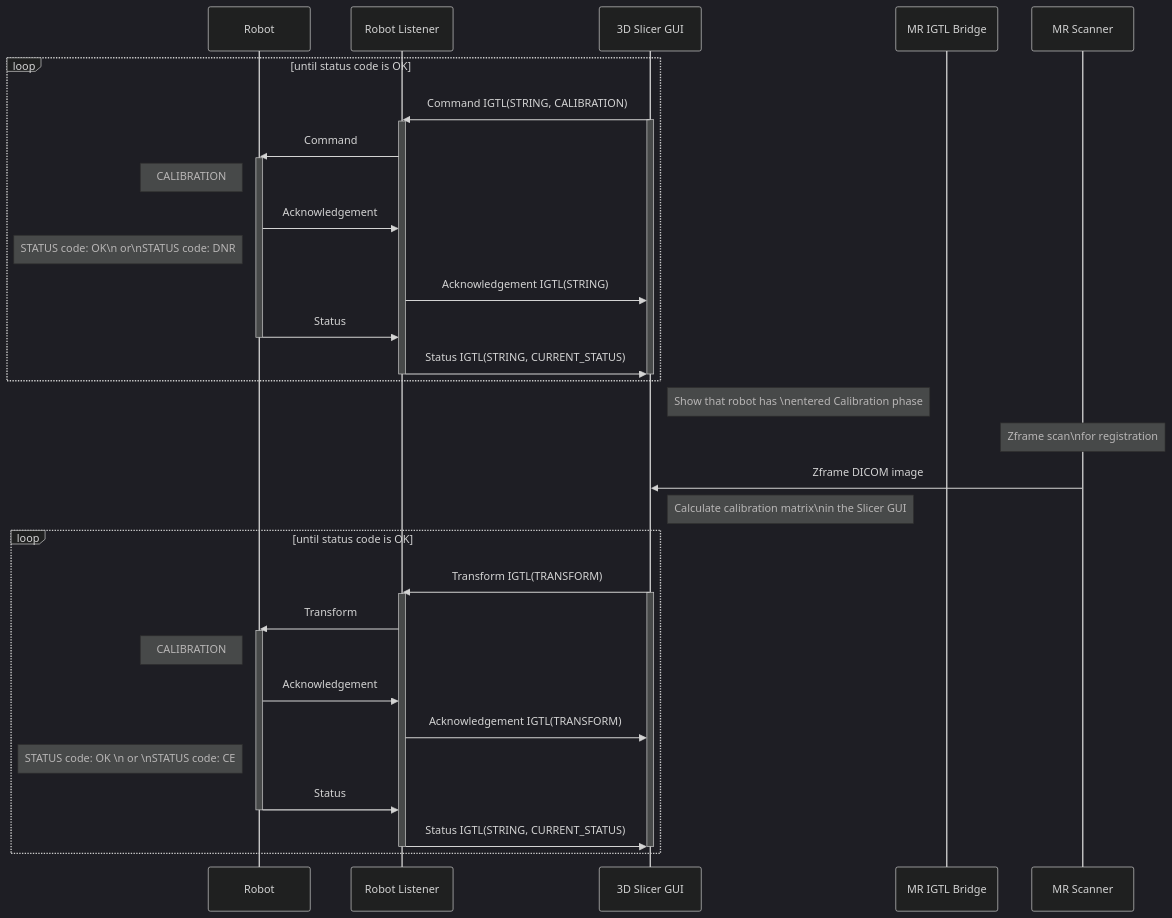
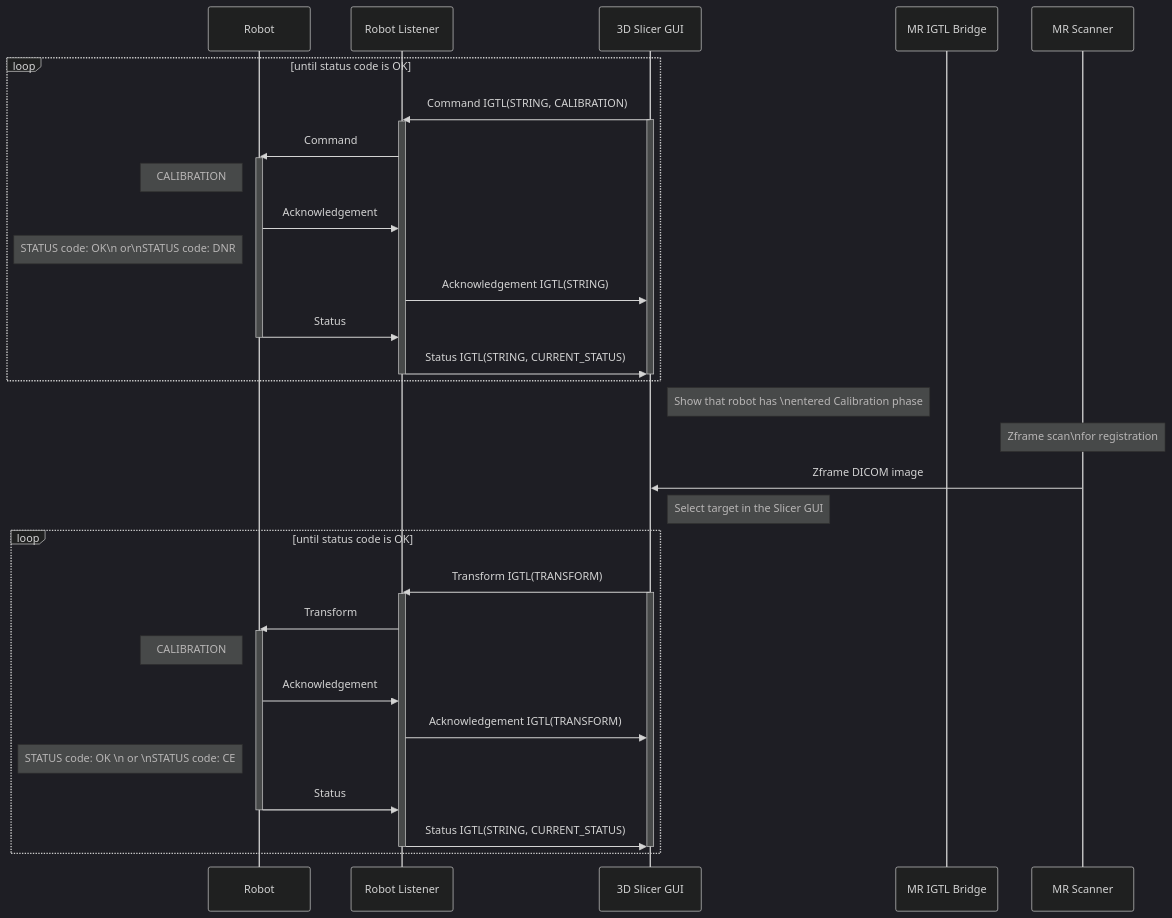
One commit to ProstateBRP/BRPRobot2021 changed the second of 6 diagrams in README.md. Above: the diagram before and after it, drawn with Mermaid (dark theme).

````diff
--- a/README.md
+++ b/README.md
@@ -61,48 +61,48 @@
 ```mermaid
 sequenceDiagram
 
 participant R as Robot
 participant RL as Robot Listener
 participant SGUI as 3D Slicer GUI
 participant MRIGTL  as MR IGTL Bridge
 participant MRS as MR Scanner
 
 
 loop until status code is OK
 SGUI->>RL:Command IGTL(STRING, CALIBRATION)
 activate SGUI
 activate RL
 RL->>R:Command
 activate R
 note left of R:CALIBRATION
 R->>RL:Acknowledgement
 note left of R:STATUS code: OK\n              or\nSTATUS code: DNR
 RL->>SGUI:Acknowledgement IGTL(STRING)
 R->>RL:Status
 deactivate R
 RL->>SGUI:Status IGTL(STRING, CURRENT_STATUS)
 deactivate SGUI
 deactivate RL
 end
 note right of SGUI:Show that robot has \nentered Calibration phase
 note over MRS:Zframe scan\nfor registration
 MRS->>SGUI:Zframe DICOM image
-note right of SGUI:Calculate calibration matrix\nin the Slicer GUI
+note right of SGUI:Select target in the Slicer GUI
 loop until status code is OK
 SGUI->>RL:Transform IGTL(TRANSFORM)
 activate SGUI
 activate RL
 RL->>R:Transform
 activate R
 note left of R:CALIBRATION
 R->>RL:Acknowledgement
 RL->>SGUI:Acknowledgement IGTL(TRANSFORM)
 note left of R:STATUS code: OK \n              or \nSTATUS code: CE
 R->>RL:Status
 deactivate R
 RL->>SGUI:Status IGTL(STRING, CURRENT_STATUS)
 deactivate SGUI
 deactivate RL
 
 end
 ```
````
